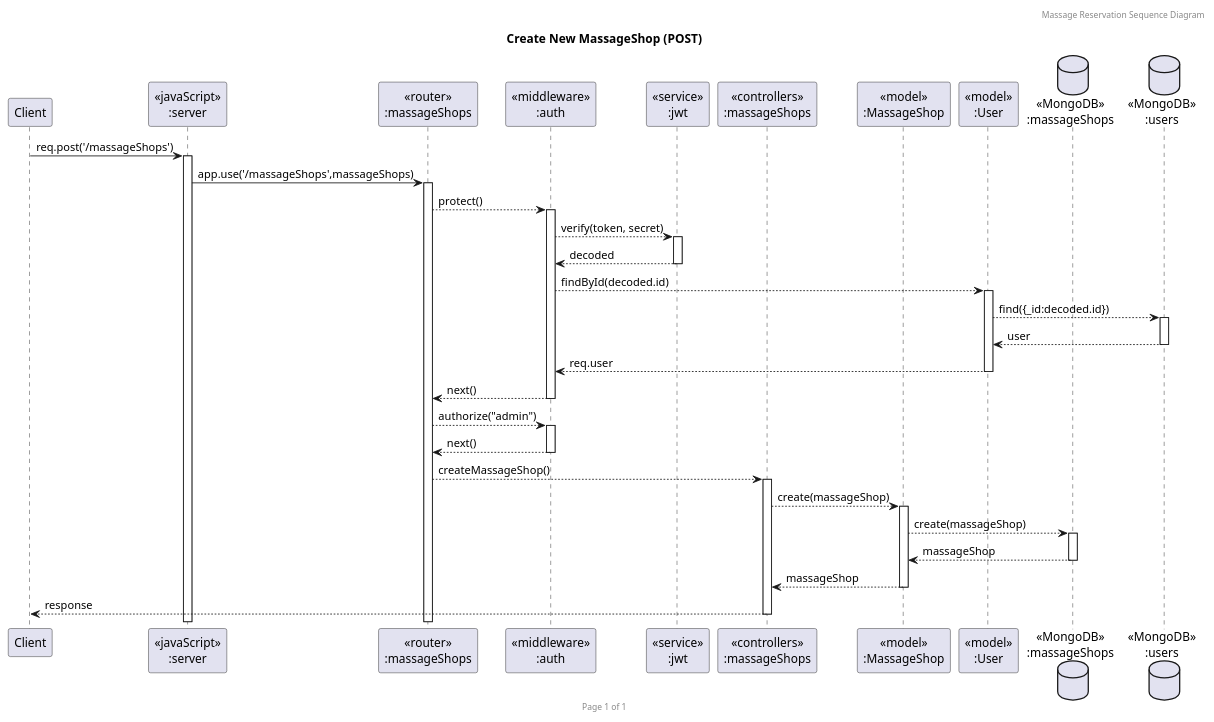
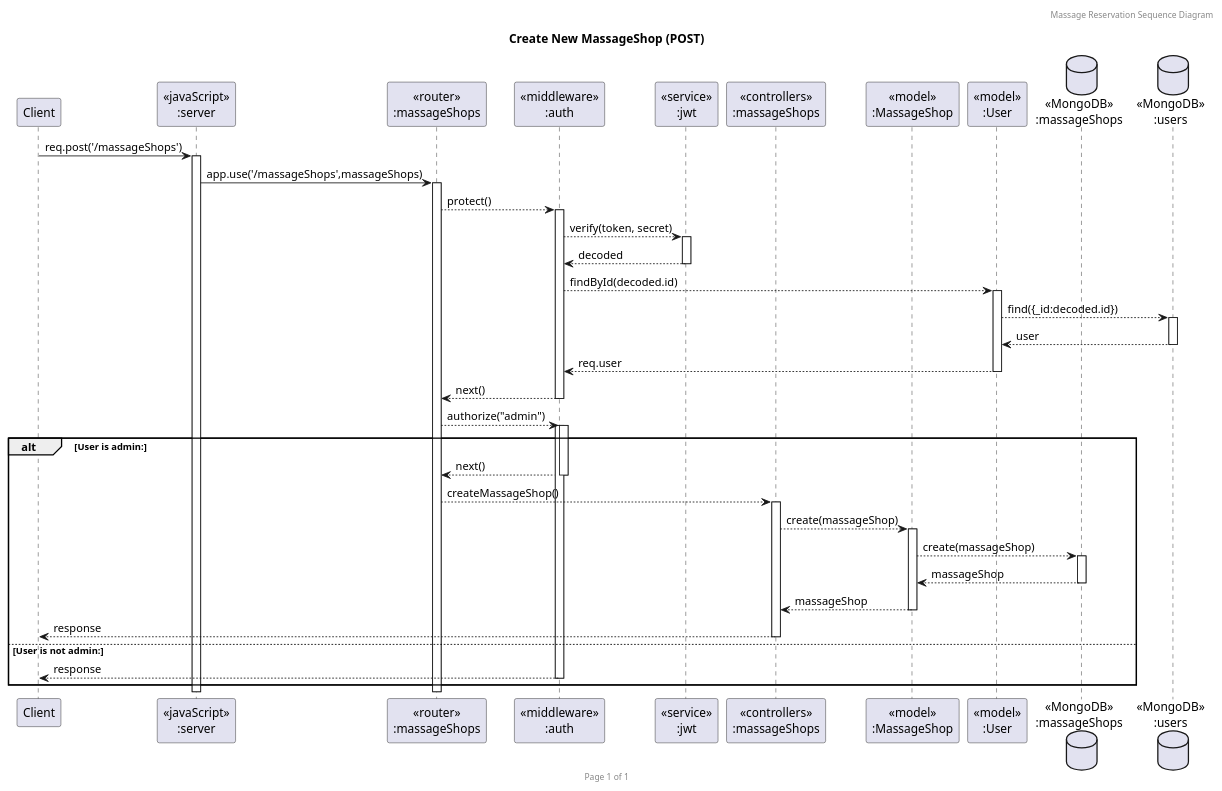
One commit to papongun/SW-Dev-Backend-Project changed the diagram in diagrams/sequence-diagrams/massageShop/MsgRes_MsgShop_POST_create.puml. Above: the diagram before and after it, drawn with PlantUML. The commit also changed 2 other files, not shown here.

Commit message:
[FIX] add alternate case (not admin)

```diff
--- a/diagrams/sequence-diagrams/massageShop/MsgRes_MsgShop_POST_create.puml
+++ b/diagrams/sequence-diagrams/massageShop/MsgRes_MsgShop_POST_create.puml
@@ -1,40 +1,46 @@
 @startuml Create New MassageShop (POST)
 
 header Massage Reservation Sequence Diagram
 footer Page %page% of %lastpage%
 title "Create New MassageShop (POST)"
 
 participant "Client" as client
 participant "<<javaScript>>\n:server" as server
 participant "<<router>>\n:massageShops" as routerMassageShops
 participant "<<middleware>>\n:auth" as middlewareAuth
 participant "<<service>>\n:jwt" as jwtAuth
 participant "<<controllers>>\n:massageShops" as controllersMassageShops
 participant "<<model>>\n:MassageShop" as modelMassageShop
 participant "<<model>>\n:User" as modelUser
 database "<<MongoDB>>\n:massageShops" as MassageShopsDatabase
 database "<<MongoDB>>\n:users" as UsersDatabase
 
 client->server ++:req.post('/massageShops')
 server->routerMassageShops ++:app.use('/massageShops',massageShops)
 
 routerMassageShops --> middlewareAuth ++:protect()
 middlewareAuth --> jwtAuth ++:verify(token, secret)
 middlewareAuth <-- jwtAuth --:decoded
 middlewareAuth --> modelUser ++:findById(decoded.id)
 modelUser --> UsersDatabase ++: find({_id:decoded.id})
 modelUser <-- UsersDatabase --:user
 middlewareAuth <-- modelUser --:req.user
 routerMassageShops <-- middlewareAuth --:next()
 
 routerMassageShops --> middlewareAuth ++:authorize("admin")
-routerMassageShops <-- middlewareAuth --:next()
 
-routerMassageShops --> controllersMassageShops ++:createMassageShop()
-controllersMassageShops --> modelMassageShop ++:create(massageShop)
-modelMassageShop --> MassageShopsDatabase ++:create(massageShop)
-modelMassageShop <-- MassageShopsDatabase --:massageShop
-controllersMassageShops <-- modelMassageShop --:massageShop
-client <-- controllersMassageShops --:response
+activate middlewareAuth
+
+alt User is admin:
+    routerMassageShops <-- middlewareAuth --:next()
+    routerMassageShops --> controllersMassageShops ++:createMassageShop()
+    controllersMassageShops --> modelMassageShop ++:create(massageShop)
+    modelMassageShop --> MassageShopsDatabase ++:create(massageShop)
+    modelMassageShop <-- MassageShopsDatabase --:massageShop
+    controllersMassageShops <-- modelMassageShop --:massageShop
+    client <-- controllersMassageShops --:response
+else User is not admin:
+    client <-- middlewareAuth --:response
+    end
 
 @enduml
```
